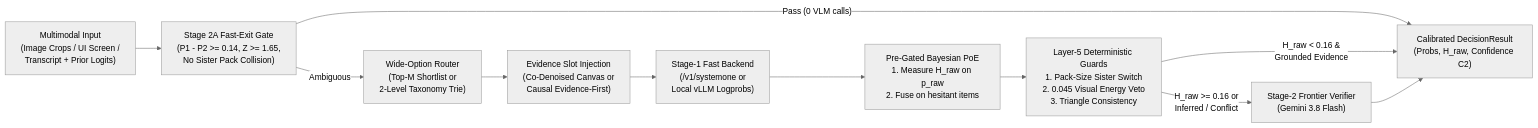
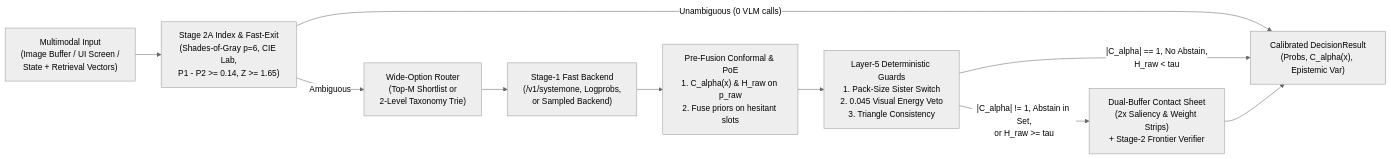
Before and after one commit to jigyasujuneja/multimodal-decision-models: the diagram in README.md, drawn with Mermaid (neutral theme). The commit also changed other lines of this file and 16 other files, not shown here.

Commit message:
Add v0.4.0 conformal sets, sampled backend, dual-buffer visual compiler, and MCP server

````diff
--- a/README.md
+++ b/README.md
@@ -13,13 +14,12 @@
 ```mermaid
 flowchart LR
-    Q["Multimodal Input\n(Image Crops / UI Screen /\nTranscript + Prior Logits)"] --> S2A["Stage 2A Fast-Exit Gate\n(P1 - P2 >= 0.14, Z >= 1.65,\nNo Sister Pack Collision)"]
-    S2A -- "Pass (0 VLM calls)" --> OUT["Calibrated DecisionResult\n(Probs, H_raw, Confidence C2)"]
+    Q["Multimodal Input\n(Image Buffer / UI Screen /\nState + Retrieval Vectors)"] --> S2A["Stage 2A Index & Fast-Exit\n(Shades-of-Gray p=6, CIE Lab,\nP1 - P2 >= 0.14, Z >= 1.65)"]
+    S2A -- "Unambiguous (0 VLM calls)" --> OUT["Calibrated DecisionResult\n(Probs, C_alpha(x), Epistemic Var)"]
     S2A -- "Ambiguous" --> SL["Wide-Option Router\n(Top-M Shortlist or\n2-Level Taxonomy Trie)"]
-    SL --> EV["Evidence Slot Injection\n(Co-Denoised Canvas or\nCausal Evidence-First)"]
-    EV --> B1["Stage-1 Fast Backend\n(/v1/systemone or\nLocal vLLM Logprobs)"]
-    B1 --> POE["Pre-Gated Bayesian PoE\n1. Measure H_raw on p_raw\n2. Fuse on hesitant items"]
-    POE --> L5["Layer-5 Deterministic Guards\n1. Pack-Size Sister Switch\n2. 0.045 Visual Energy Veto\n3. Triangle Consistency"]
-    L5 -- "H_raw < 0.16 &\nGrounded Evidence" --> OUT
-    L5 -- "H_raw >= 0.16 or\nInferred / Conflict" --> B2["Stage-2 Frontier Verifier\n(Gemini 3.8 Flash)"]
-    B2 --> OUT
+    SL --> B1["Stage-1 Fast Backend\n(/v1/systemone, Logprobs,\nor Sampled Backend)"]
+    B1 --> CONF["Pre-Fusion Conformal & PoE\n1. C_alpha(x) & H_raw on p_raw\n2. Fuse priors on hesitant slots"]
+    CONF --> L5["Layer-5 Deterministic Guards\n1. Pack-Size Sister Switch\n2. 0.045 Visual Energy Veto\n3. Triangle Consistency"]
+    L5 -- "|C_alpha| == 1, No Abstain,\nH_raw < tau" --> OUT
+    L5 -- "|C_alpha| != 1, Abstain in Set,\nor H_raw >= tau" --> CS["Dual-Buffer Contact Sheet\n(2x Saliency & Weight Strips)\n+ Stage-2 Frontier Verifier"]
+    CS --> OUT
 ```
````
